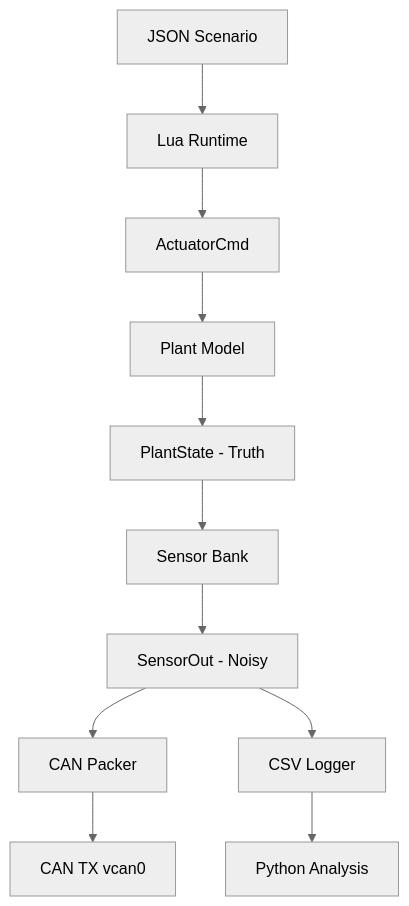
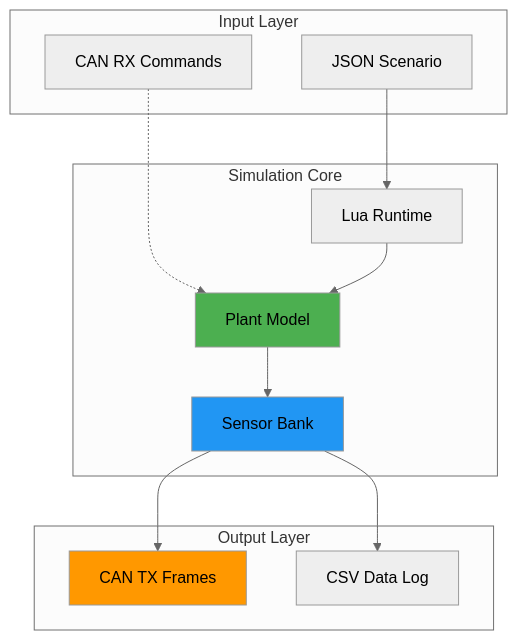
The first of 3 diagrams in README.md (mtilocca/vehicle-Dynamics-Sim-Can), drawn with Mermaid (neutral theme) before and after one commit. The commit also changed other lines of this file and 7 other files, not shown here.

````diff
--- a/README.md
+++ b/README.md
@@ -157,13 +36,29 @@
 ```mermaid
-flowchart TD
-  JSON[JSON Scenario] --> LUA[Lua Runtime]
-  LUA --> CMD[ActuatorCmd]
-  CMD --> PLANT[Plant Model]
-  PLANT --> STATE[PlantState - Truth]
-  STATE --> SENS[Sensor Bank]
-  SENS --> MEAS[SensorOut - Noisy]
-  MEAS --> PACK[CAN Packer]
-  PACK --> CANTX[CAN TX vcan0]
-  MEAS --> CSV[CSV Logger]
-  CSV --> PLOT[Python Analysis]
+flowchart TB
+    subgraph Input["Input Layer"]
+        JSON[JSON Scenario]
+        CANRX[CAN RX Commands]
+    end
+    
+    subgraph Core["Simulation Core"]
+        LUA[Lua Runtime]
+        PLANT[Plant Model]
+        SENSORS[Sensor Bank]
+    end
+    
+    subgraph Output["Output Layer"]
+        CANTX[CAN TX Frames]
+        CSV[CSV Data Log]
+    end
+    
+    JSON --> LUA
+    CANRX -.-> PLANT
+    LUA --> PLANT
+    PLANT --> SENSORS
+    SENSORS --> CANTX
+    SENSORS --> CSV
+    
+    style PLANT fill:#4CAF50
+    style SENSORS fill:#2196F3
+    style CANTX fill:#FF9800
 ```
````
